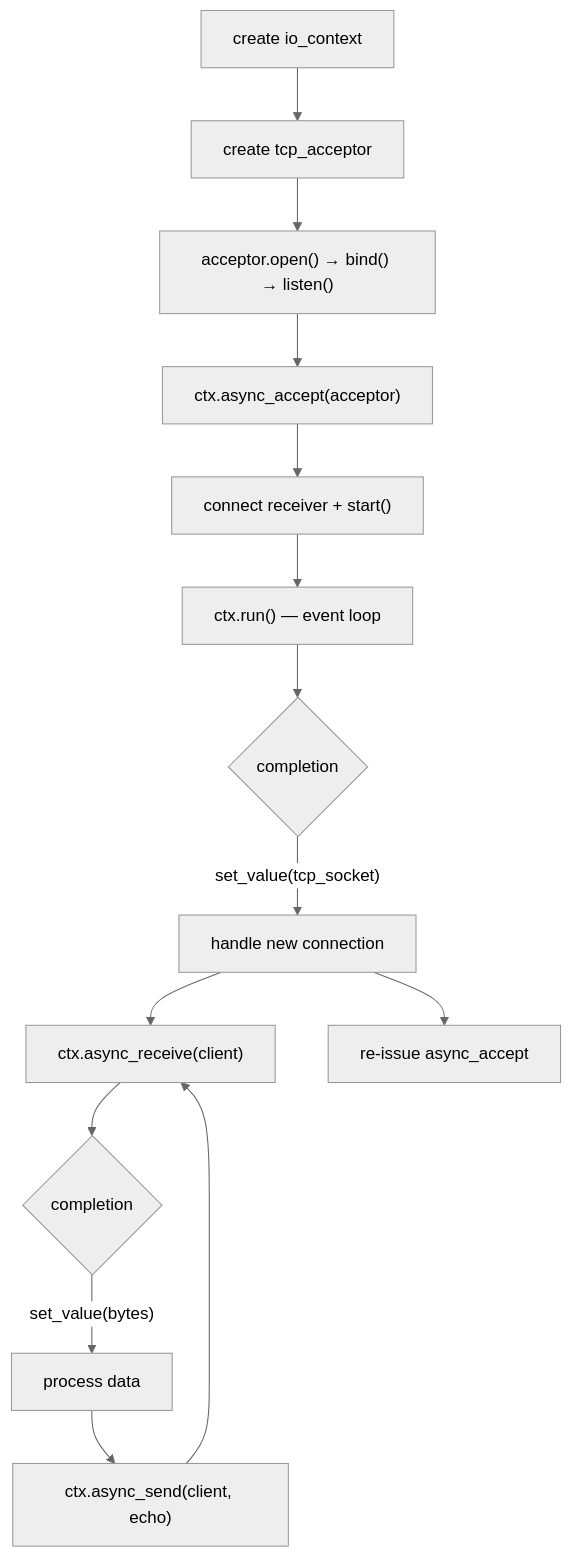
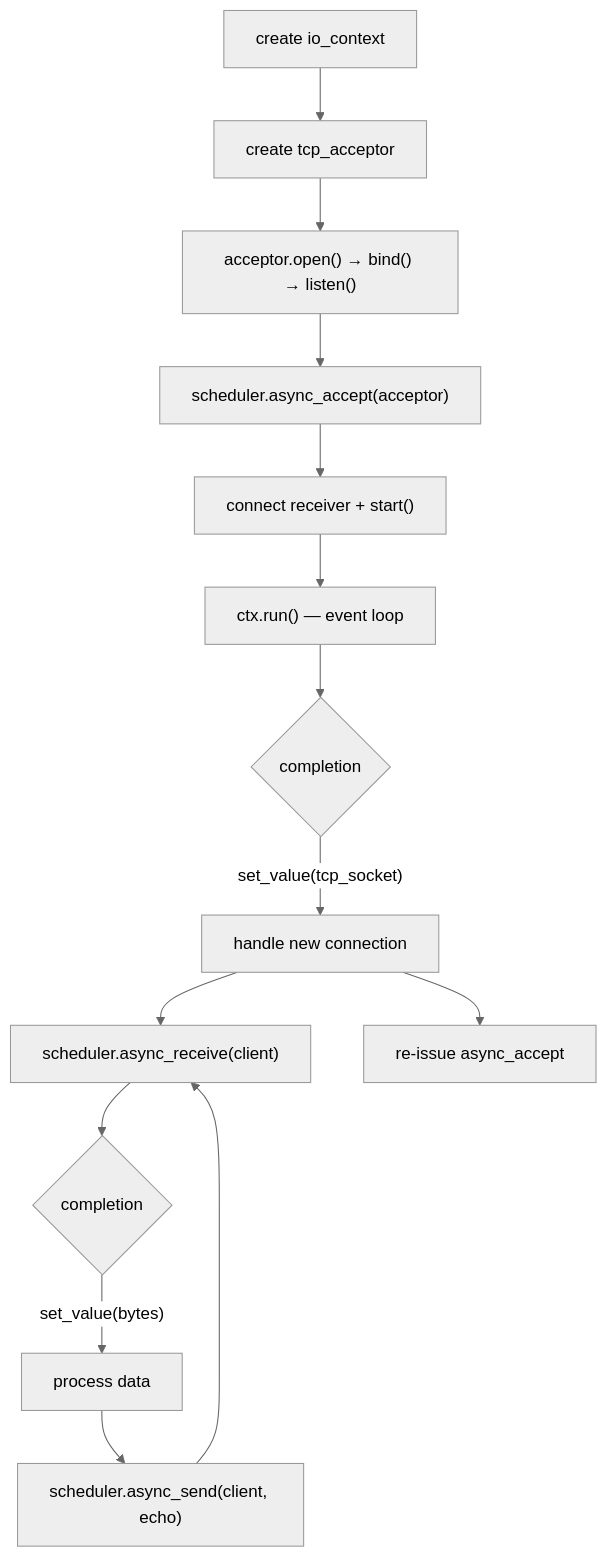
One commit to haomingbai/bnio changed the third of 6 diagrams in docs/usage.md. Above: the diagram before and after it, drawn with Mermaid (neutral theme). The commit also changed other lines of this file and 25 other files, not shown here.

````diff
--- a/docs/usage.md
+++ b/docs/usage.md
@@ -216,16 +216,16 @@
 ```mermaid
 graph TB
     A["create io_context"] --> B["create tcp_acceptor"]
     B --> C["acceptor.open() → bind() → listen()"]
-    C --> D["ctx.async_accept(acceptor)"]
+    C --> D["scheduler.async_accept(acceptor)"]
     D --> E["connect receiver + start()"]
     E --> F["ctx.run() — event loop"]
     F --> G{"completion"}
     G -->|"set_value(tcp_socket)"| H["handle new connection"]
-    H --> I["ctx.async_receive(client)"]
+    H --> I["scheduler.async_receive(client)"]
     H --> J["re-issue async_accept"]
     I --> K{"completion"}
     K -->|"set_value(bytes)"| L["process data"]
-    L --> M["ctx.async_send(client, echo)"]
+    L --> M["scheduler.async_send(client, echo)"]
     M --> I
 ```
````
